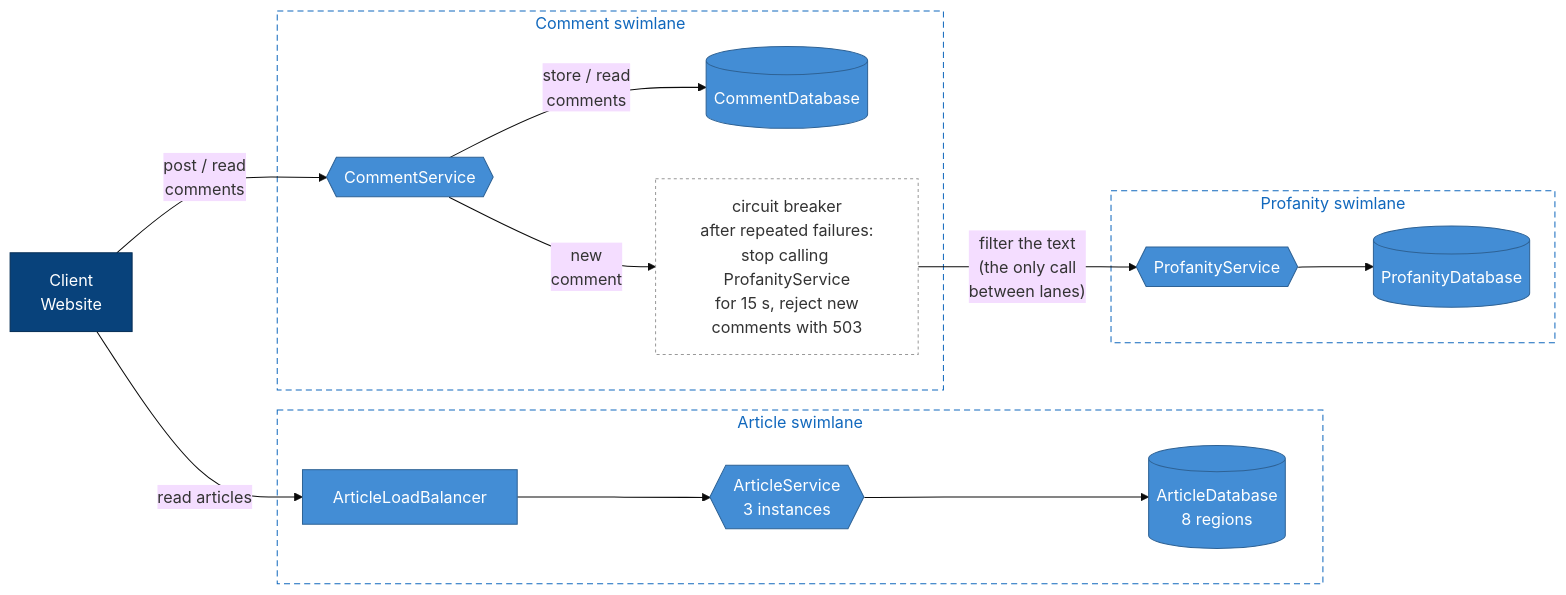
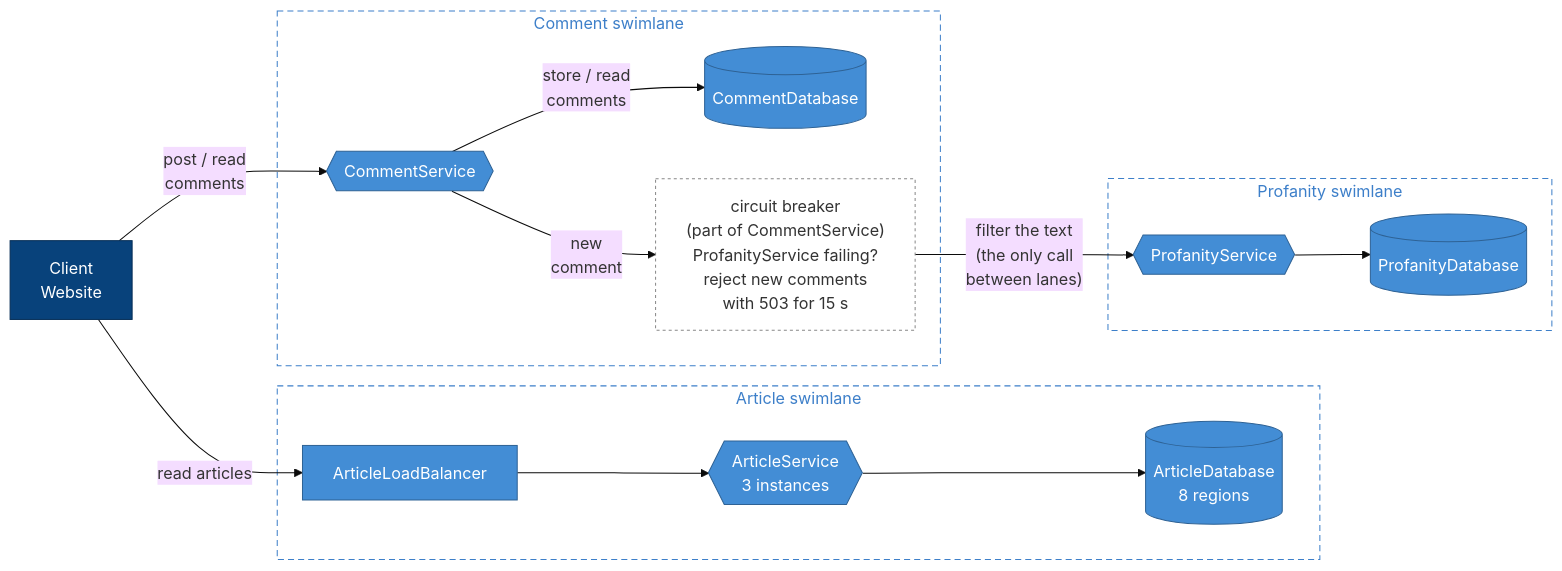
Before and after one commit to ChristianVistiLyth/happy-headlines: the diagram in week-37/README.md, drawn with Mermaid (base theme). The commit also changed 1 other file, not shown here.

Commit message:
Make the README diagrams readable in dark mode

````diff
--- a/week-37/README.md
+++ b/week-37/README.md
@@ -11,39 +11,39 @@
 ```mermaid
 flowchart LR
     client["Client<br/>Website"]
 
     subgraph articleLane["Article swimlane"]
         articleLb["ArticleLoadBalancer"]
         articleService{{"ArticleService<br/>3 instances"}}
         articleDb[("ArticleDatabase<br/>8 regions")]
         articleLb --> articleService --> articleDb
     end
 
     subgraph commentLane["Comment swimlane"]
         commentService{{"CommentService"}}
         commentDb[("CommentDatabase")]
-        breaker["circuit breaker<br/>after repeated failures:<br/>stop calling ProfanityService<br/>for 15 s, reject new<br/>comments with 503"]
+        breaker["circuit breaker<br/>(part of CommentService)<br/>ProfanityService failing?<br/>reject new comments<br/>with 503 for 15 s"]
         commentService -- "store / read<br/>comments" --> commentDb
         commentService -- "new<br/>comment" --> breaker
     end
 
     subgraph profanityLane["Profanity swimlane"]
         profanityService{{"ProfanityService"}}
         profanityDb[("ProfanityDatabase")]
         profanityService --> profanityDb
     end
 
     client -- "read articles" --> articleLb
     client -- "post / read<br/>comments" --> commentService
     breaker -- "filter the text<br/>(the only call<br/>between lanes)" --> profanityService
 
     classDef client fill:#08427b,stroke:#052e56,color:#fff
     classDef container fill:#438dd5,stroke:#2e6295,color:#fff
-    classDef note fill:#fff,stroke:#999,stroke-dasharray:3 3,color:#333
+    classDef note fill:none,stroke:#888,stroke-dasharray:3 3
     class client client
     class articleLb,articleService,articleDb,commentService,commentDb,profanityService,profanityDb container
     class breaker note
-    style articleLane fill:none,stroke:#1168bd,stroke-dasharray:6 4,color:#1168bd
-    style commentLane fill:none,stroke:#1168bd,stroke-dasharray:6 4,color:#1168bd
-    style profanityLane fill:none,stroke:#1168bd,stroke-dasharray:6 4,color:#1168bd
+    style articleLane fill:none,stroke:#3d7fc9,stroke-dasharray:6 4,color:#3d7fc9
+    style commentLane fill:none,stroke:#3d7fc9,stroke-dasharray:6 4,color:#3d7fc9
+    style profanityLane fill:none,stroke:#3d7fc9,stroke-dasharray:6 4,color:#3d7fc9
 ```
````
